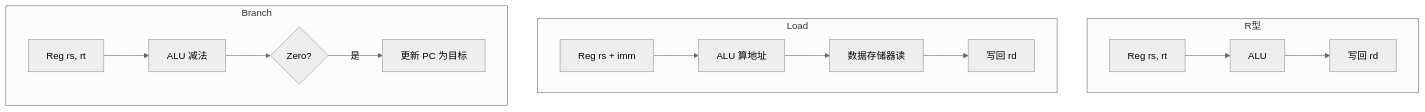
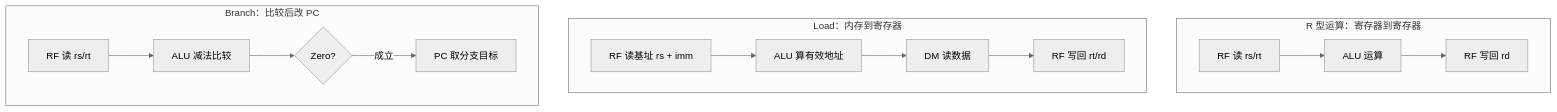
Before and after one commit to SummerS-tars/jizu-course-guides: the first of 5 diagrams in guides/计组-课件05-学习指南.md, drawn with Mermaid (neutral theme). The commit also changed other lines of this file, not shown here.

````diff
--- a/guides/计组-课件05-学习指南.md
+++ b/guides/计组-课件05-学习指南.md
@@ -90,17 +111,17 @@
 ```mermaid
 flowchart TB
-  subgraph R型
-    R1[Reg rs, rt] --> ALU1[ALU]
-    ALU1 --> WB1[写回 rd]
+  subgraph R型["R 型运算：寄存器到寄存器"]
+    R1["RF 读 rs/rt"] --> ALU1["ALU 运算"]
+    ALU1 --> WB1["RF 写回 rd"]
   end
-  subgraph Load
-    L1[Reg rs + imm] --> ALU2[ALU 算地址]
-    ALU2 --> DM[数据存储器读]
-    DM --> WB2[写回 rd]
+  subgraph Load["Load：内存到寄存器"]
+    L1["RF 读基址 rs + imm"] --> ALU2["ALU 算有效地址"]
+    ALU2 --> DM["DM 读数据"]
+    DM --> WB2["RF 写回 rt/rd"]
   end
-  subgraph Branch
-    B1[Reg rs, rt] --> ALU3[ALU 减法]
-    ALU3 --> Z{Zero?}
-    Z -->|是| PC[更新 PC 为目标]
+  subgraph Branch["Branch：比较后改 PC"]
+    B1["RF 读 rs/rt"] --> ALU3["ALU 减法比较"]
+    ALU3 --> Z{"Zero?"}
+    Z -->|成立| PC["PC 取分支目标"]
   end
 ```
````
